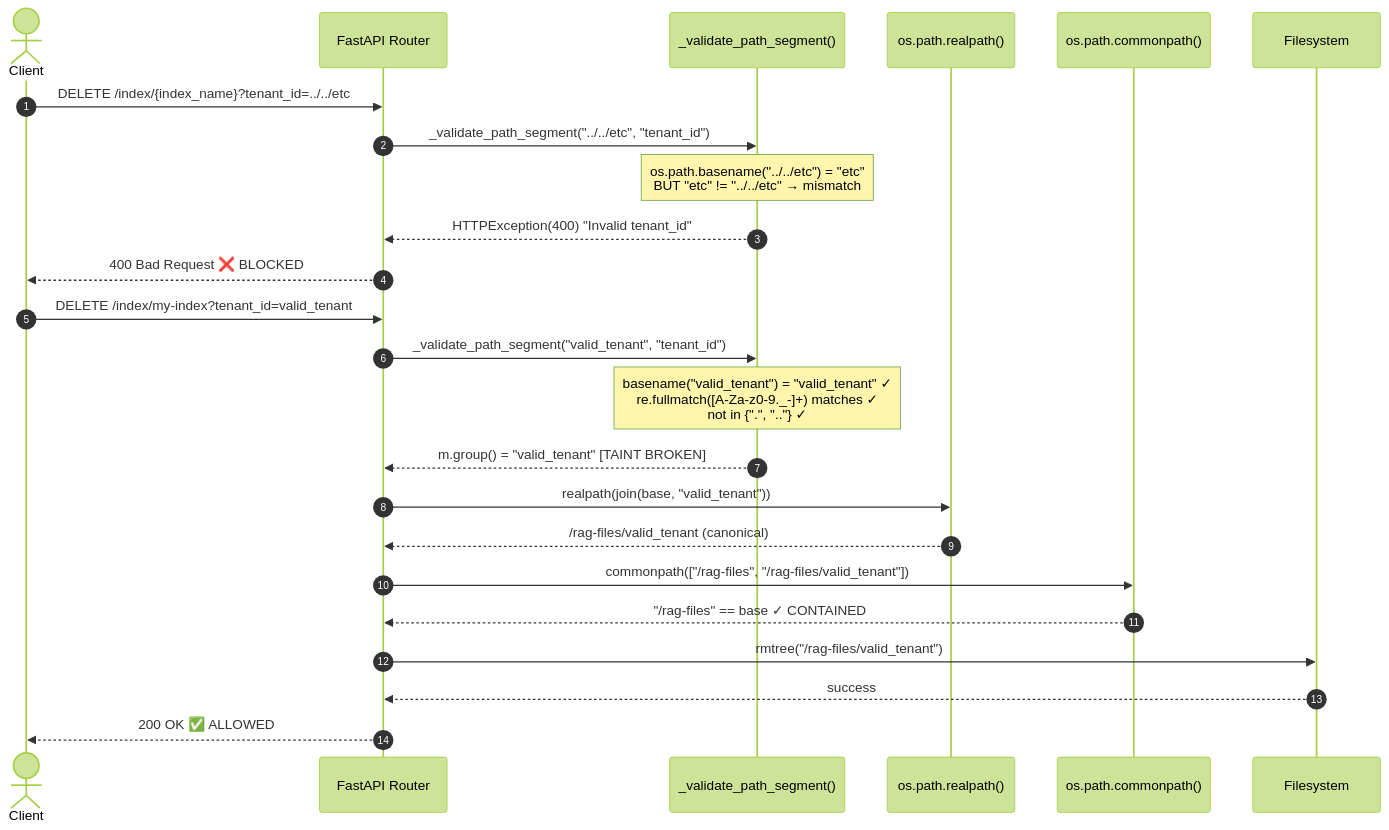
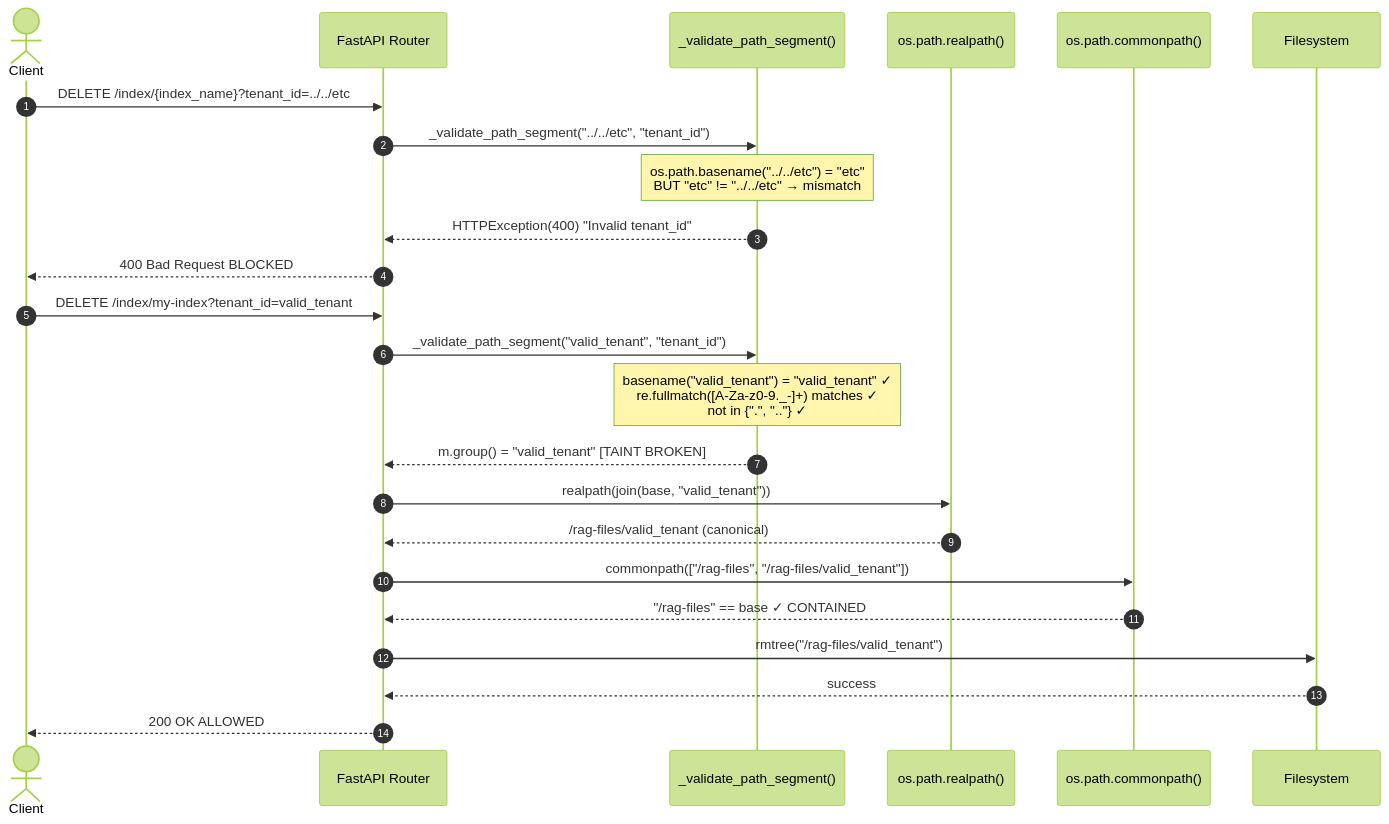
Before and after one commit to Aries-Serpent/_codex_: the third of 28 diagrams in docs/sessions/PR4289_session_diagram.md, drawn with Mermaid (forest theme). The commit also changed other lines of this file and 2029 other files, not shown here.

````diff
--- a/docs/sessions/PR4289_session_diagram.md
+++ b/docs/sessions/PR4289_session_diagram.md
@@ -141,29 +143,29 @@
 ```mermaid
 %%{init: {'accessibility': {'title': 'Sequence Diagram showing A-Za-z0-9._-, TAINT BROKEN'}}%%
 sequenceDiagram
     autonumber
     actor Client
     participant FastAPI as FastAPI Router
     participant Validator as _validate_path_segment()
     participant Resolver as os.path.realpath()
     participant Guard as os.path.commonpath()
     participant FS as Filesystem
 
     Client->>FastAPI: DELETE /index/{index_name}?tenant_id=../../etc
     FastAPI->>Validator: _validate_path_segment("../../etc", "tenant_id")
     Note over Validator: os.path.basename("../../etc") = "etc"<br/>BUT "etc" != "../../etc" → mismatch
     Validator-->>FastAPI: HTTPException(400) "Invalid tenant_id"
-    FastAPI-->>Client: 400 Bad Request ❌ BLOCKED
+    FastAPI-->>Client: 400 Bad Request  BLOCKED
 
     Client->>FastAPI: DELETE /index/my-index?tenant_id=valid_tenant
     FastAPI->>Validator: _validate_path_segment("valid_tenant", "tenant_id")
     Note over Validator: basename("valid_tenant") = "valid_tenant" ✓<br/>re.fullmatch([A-Za-z0-9._-]+) matches ✓<br/>not in {".", ".."} ✓
     Validator-->>FastAPI: m.group() = "valid_tenant" [TAINT BROKEN]
     FastAPI->>Resolver: realpath(join(base, "valid_tenant"))
     Resolver-->>FastAPI: /rag-files/valid_tenant (canonical)
     FastAPI->>Guard: commonpath(["/rag-files", "/rag-files/valid_tenant"])
     Guard-->>FastAPI: "/rag-files" == base ✓ CONTAINED
     FastAPI->>FS: rmtree("/rag-files/valid_tenant")
     FS-->>FastAPI: success
-    FastAPI-->>Client: 200 OK ✅ ALLOWED
+    FastAPI-->>Client: 200 OK  ALLOWED
 ```
````
